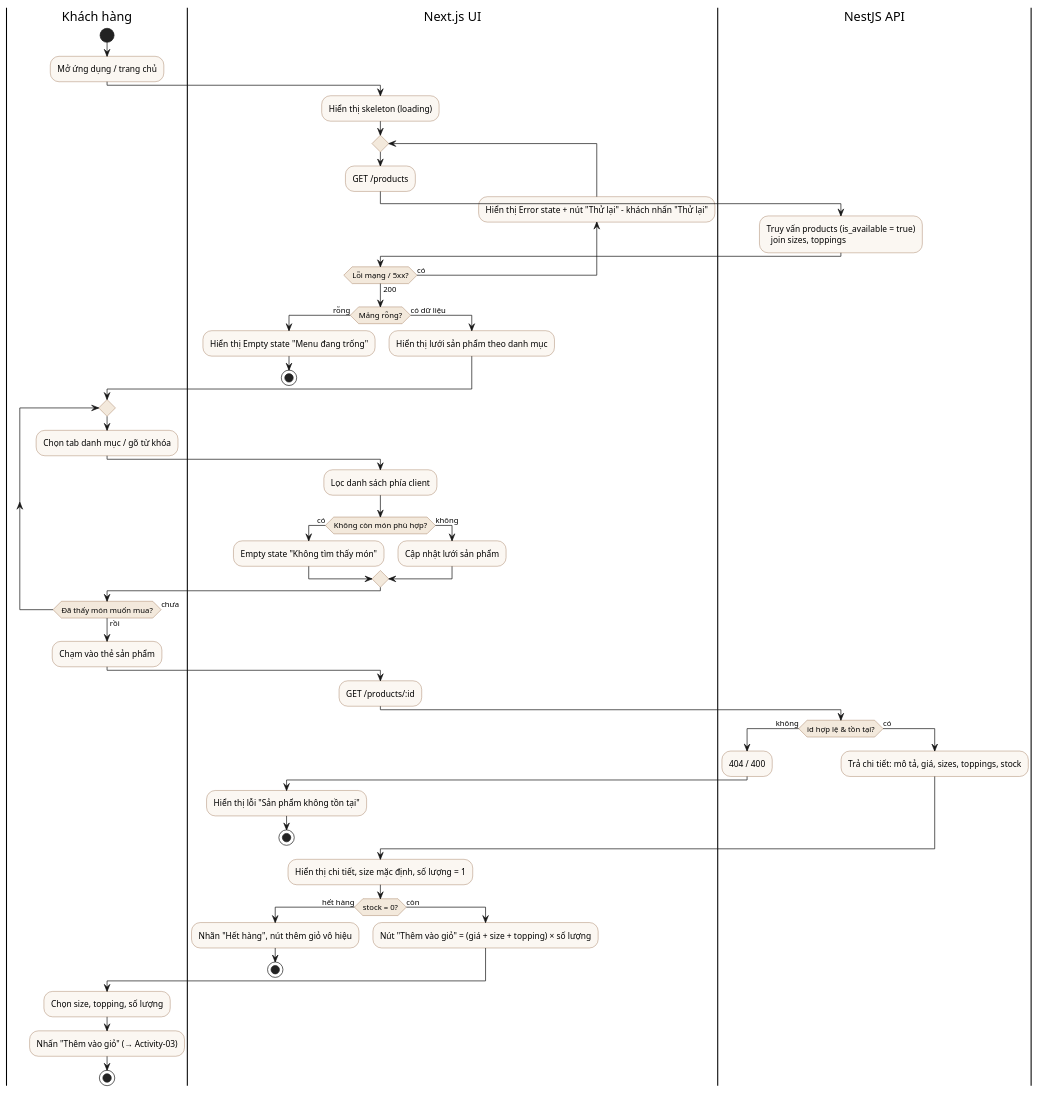
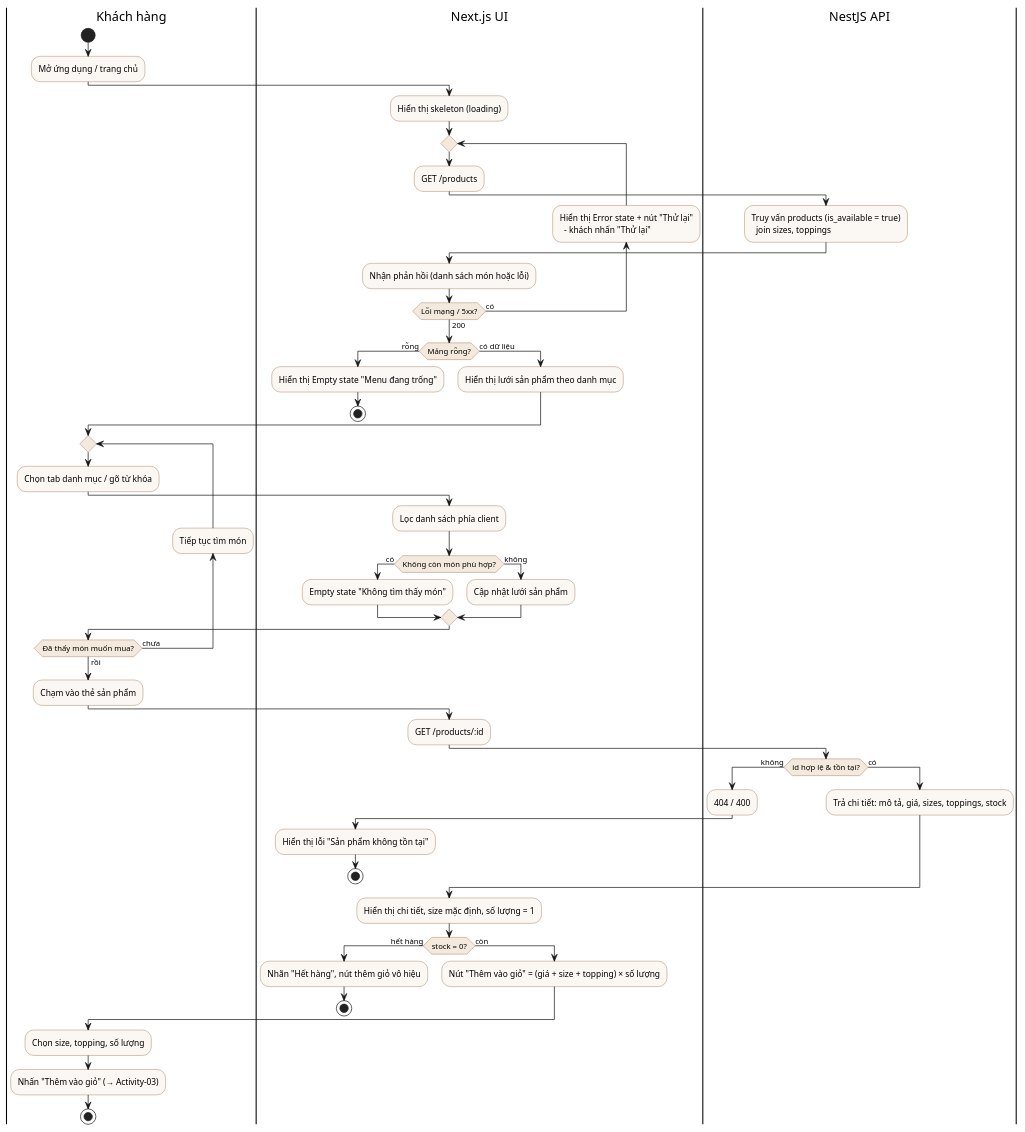
The diagram in docs/diagrams/activity-menu.puml (LHTCoder/brewlite), drawn with PlantUML before and after one commit. The commit also changed 8 other files, not shown here.

```diff
--- a/docs/diagrams/activity-menu.puml
+++ b/docs/diagrams/activity-menu.puml
@@ -1,62 +1,65 @@
 @startuml activity-menu
 ' Activity-02: Xem menu và chi tiết sản phẩm (FR-01, FR-02)
 skinparam ActivityBackgroundColor #FBF7F2
 skinparam ActivityBorderColor #8A5733
 skinparam ActivityDiamondBackgroundColor #F3E9DC
 |Khách hàng|
 start
 :Mở ứng dụng / trang chủ;
 |Next.js UI|
 :Hiển thị skeleton (loading);
 repeat
   :GET /products;
   |NestJS API|
   :Truy vấn products (is_available = true)
     join sizes, toppings;
   |Next.js UI|
-backward :Hiển thị Error state + nút "Thử lại" – khách nhấn "Thử lại";
+  :Nhận phản hồi (danh sách món hoặc lỗi);
+backward :Hiển thị Error state + nút "Thử lại"
+  – khách nhấn "Thử lại";
 repeat while (Lỗi mạng / 5xx?) is (có) not (200)
 if (Mảng rỗng?) then (rỗng)
   :Hiển thị Empty state "Menu đang trống";
   stop
 else (có dữ liệu)
   :Hiển thị lưới sản phẩm theo danh mục;
 endif
 |Khách hàng|
 repeat
   :Chọn tab danh mục / gõ từ khóa;
   |Next.js UI|
   :Lọc danh sách phía client;
   if (Không còn món phù hợp?) then (có)
     :Empty state "Không tìm thấy món";
   else (không)
     :Cập nhật lưới sản phẩm;
   endif
   |Khách hàng|
+backward :Tiếp tục tìm món;
 repeat while (Đã thấy món muốn mua?) is (chưa) not (rồi)
 :Chạm vào thẻ sản phẩm;
 |Next.js UI|
 :GET /products/:id;
 |NestJS API|
 if (id hợp lệ & tồn tại?) then (không)
   :404 / 400;
   |Next.js UI|
   :Hiển thị lỗi "Sản phẩm không tồn tại";
   stop
 else (có)
   |NestJS API|
   :Trả chi tiết: mô tả, giá, sizes, toppings, stock;
 endif
 |Next.js UI|
 :Hiển thị chi tiết, size mặc định, số lượng = 1;
 if (stock = 0?) then (hết hàng)
   :Nhãn "Hết hàng", nút thêm giỏ vô hiệu;
   stop
 else (còn)
   :Nút "Thêm vào giỏ" = (giá + size + topping) × số lượng;
 endif
 |Khách hàng|
 :Chọn size, topping, số lượng;
 :Nhấn "Thêm vào giỏ" (→ Activity-03);
 stop
 @enduml
```
